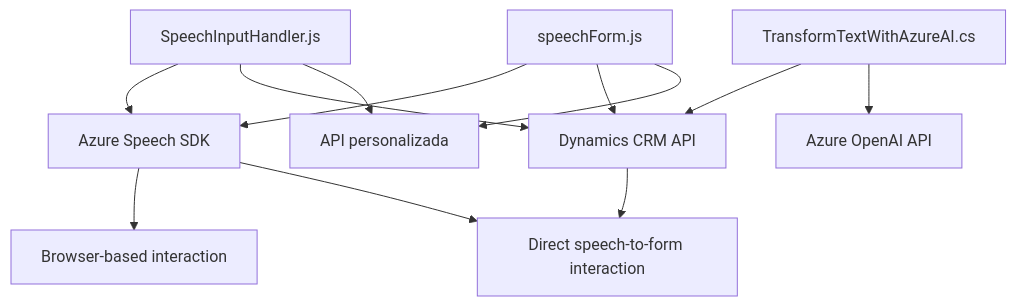
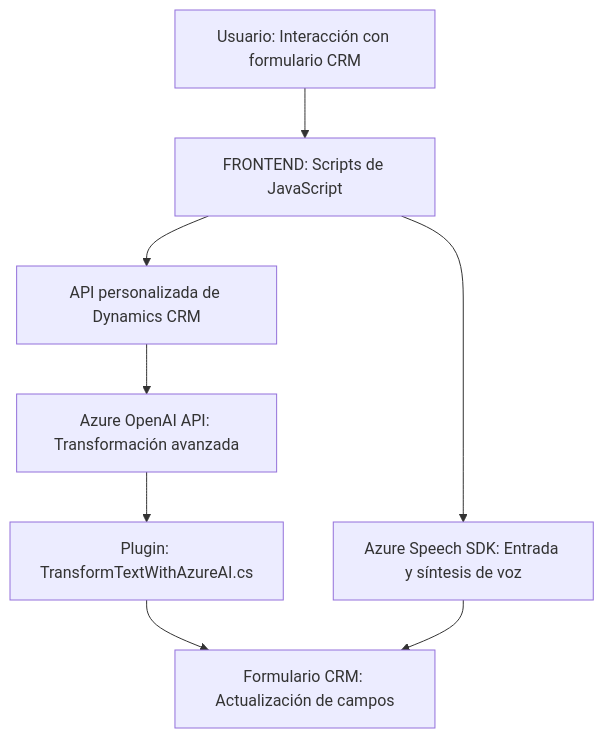
Before and after one commit to blopezdm/NETCORE_BILBAO2025: the diagram in README.md, drawn with Mermaid. The commit also changed other lines of this file, not shown here.

Commit message:
Actualizar análisis global de la solución con IA

````diff
--- a/README.md
+++ b/README.md
@@ -46,14 +55,18 @@
 ```mermaid
 graph TD
-    SpeechInputHandlerJS["SpeechInputHandler.js"] --> AzureSpeechSDK["Azure Speech SDK"]
-    SpeechInputHandlerJS --> DynamicsAPI["Dynamics CRM API"]
-    SpeechInputHandlerJS --> CustomAPI["API personalizada"]
-    DynamicsFormJS["speechForm.js"] --> AzureSpeechSDK
-    DynamicsFormJS --> DynamicsAPI
-    DynamicsFormJS --> CustomAPI
-    TransformAI["TransformTextWithAzureAI.cs"] --> DynamicsAPI
-    TransformAI --> AzureOpenAI["Azure OpenAI API"]
-    AzureSpeechSDK --> Browser["Browser-based interaction"]
-    DynamicsAPI --> CRM["Microsoft Dynamics CRM"]
-    AzureSpeechSDK --> CRM["Direct speech-to-form interaction"]
+    A["Usuario: Interacción con formulario CRM"]
+    B["FRONTEND: Scripts de JavaScript"]
+    C["Azure Speech SDK: Entrada y síntesis de voz"]
+    D["API personalizada de Dynamics CRM"]
+    E["Azure OpenAI API: Transformación avanzada"]
+    F["Plugin: TransformTextWithAzureAI.cs"]
+    G["Formulario CRM: Actualización de campos"]
+
+    A --> B
+    B --> C
+    B --> D
+    D --> E
+    E --> F
+    F --> G
+    C --> G
 ```
````
